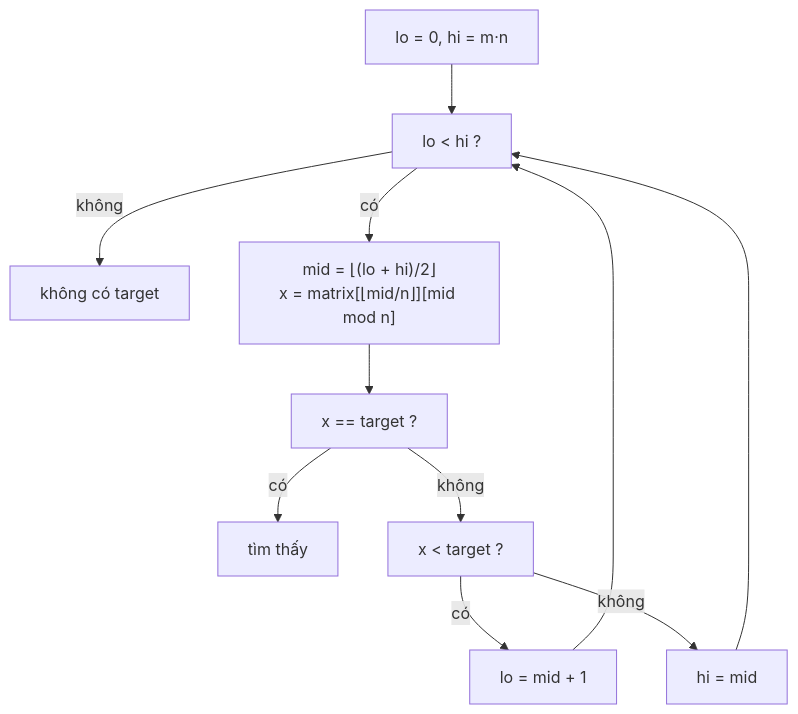
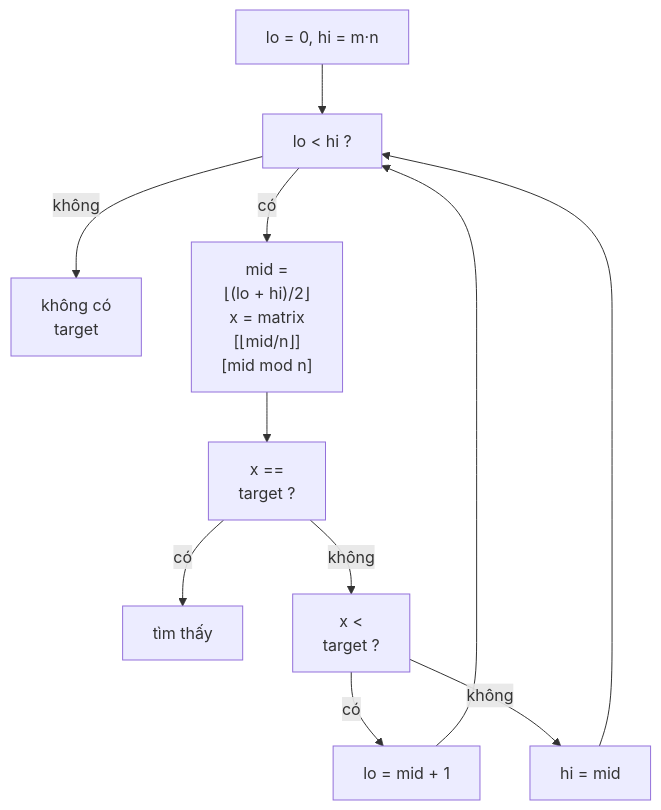
One commit to duongbui234/software-engineering-atlas changed the diagram in content/problems/search-a-2d-matrix.md. Above: the diagram before and after it, drawn with Mermaid. The commit also changed 134 other files, not shown here.

First line of the commit message:
Fit every Mermaid diagram at 390px without sideways scroll (#56)

````diff
--- a/content/problems/search-a-2d-matrix.md
+++ b/content/problems/search-a-2d-matrix.md
@@ -47,13 +47,13 @@
 ```mermaid
 flowchart TB
   A["lo = 0, hi = m·n"] --> B["lo < hi ?"]
-  B -->|"không"| Z["không có target"]
-  B -->|"có"| C["mid = ⌊(lo + hi)/2⌋<br/>x = matrix[⌊mid/n⌋][mid mod n]"]
-  C --> D["x == target ?"]
+  B -->|"không"| Z["không có<br/>target"]
+  B -->|"có"| C["mid =<br/>⌊(lo + hi)/2⌋<br/>x = matrix<br/>[⌊mid/n⌋]<br/>[mid mod n]"]
+  C --> D["x ==<br/>target ?"]
   D -->|"có"| Y["tìm thấy"]
-  D -->|"không"| E["x < target ?"]
+  D -->|"không"| E["x <<br/>target ?"]
   E -->|"có"| F["lo = mid + 1"]
   E -->|"không"| G["hi = mid"]
   F --> B
   G --> B
 ```
````
